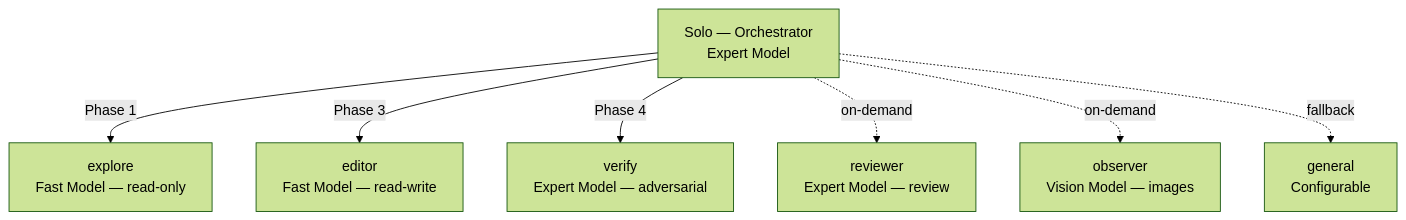
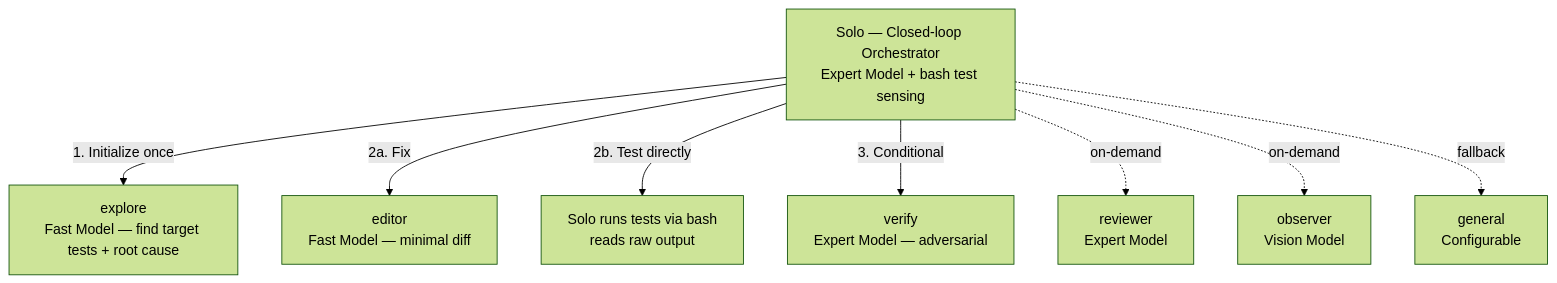
Before and after one commit to Dqz00116/opencode-solo: the first of 2 diagrams in README.md, drawn with Mermaid (forest theme). The commit also changed other lines of this file and 6 other files, not shown here.

First line of the commit message:
v2.0: closed-loop architecture with SWE-bench validation

````diff
--- a/README.md
+++ b/README.md
@@ -27,10 +28,11 @@
 ```mermaid
 graph TB
-    Solo["Solo — Orchestrator<br/>Expert Model"]
-    Solo -->|"Phase 1"| Explore["explore<br/>Fast Model — read-only"]
-    Solo -->|"Phase 3"| Editor["editor<br/>Fast Model — read-write"]
-    Solo -->|"Phase 4"| Verify["verify<br/>Expert Model — adversarial"]
-    Solo -.->|"on-demand"| Reviewer["reviewer<br/>Expert Model — review"]
-    Solo -.->|"on-demand"| Observer["observer<br/>Vision Model — images"]
+    Solo["Solo — Closed-loop Orchestrator<br/>Expert Model + bash test sensing"]
+    Solo -->|"1. Initialize once"| Explore["explore<br/>Fast Model — find target tests + root cause"]
+    Solo -->|"2a. Fix"| Editor["editor<br/>Fast Model — minimal diff"]
+    Solo -->|"2b. Test directly"| Tests["Solo runs tests via bash<br/>reads raw output"]
+    Solo -->|"3. Conditional"| Verify["verify<br/>Expert Model — adversarial"]
+    Solo -.->|"on-demand"| Reviewer["reviewer<br/>Expert Model"]
+    Solo -.->|"on-demand"| Observer["observer<br/>Vision Model"]
     Solo -.->|"fallback"| General["general<br/>Configurable"]
 ```
````
